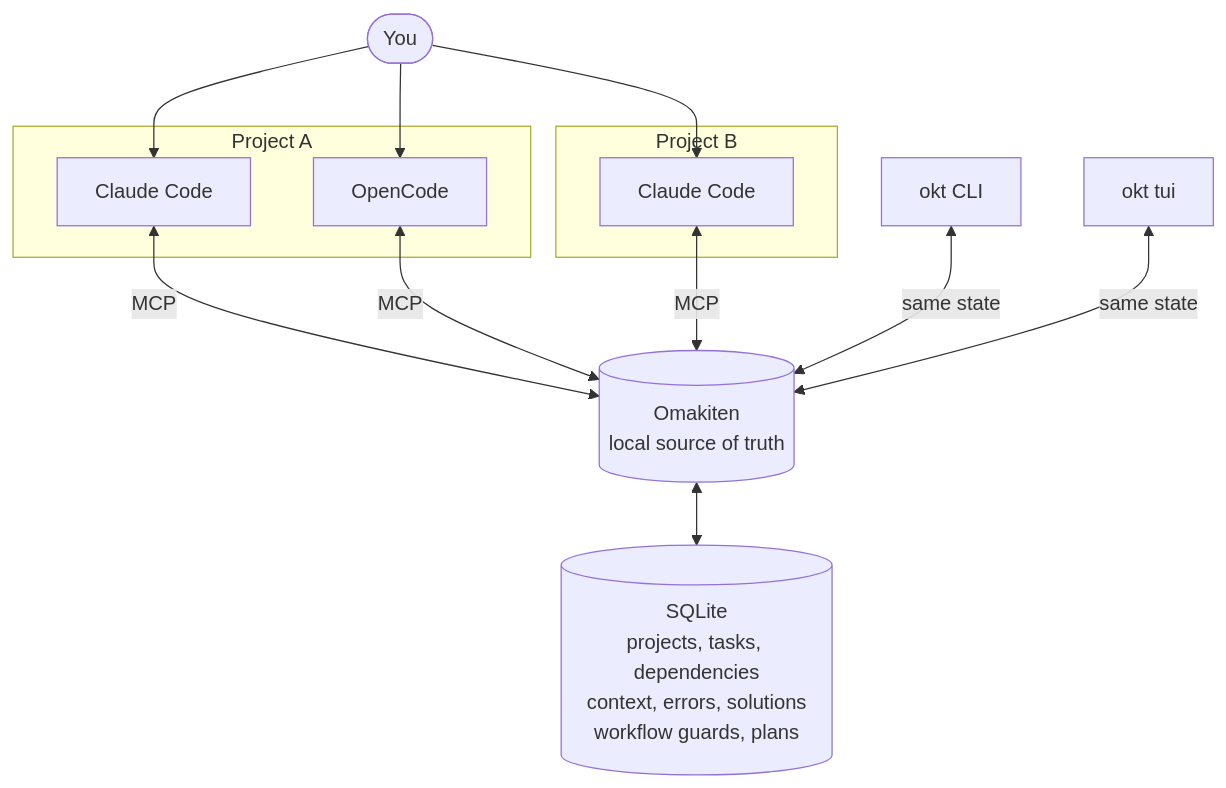
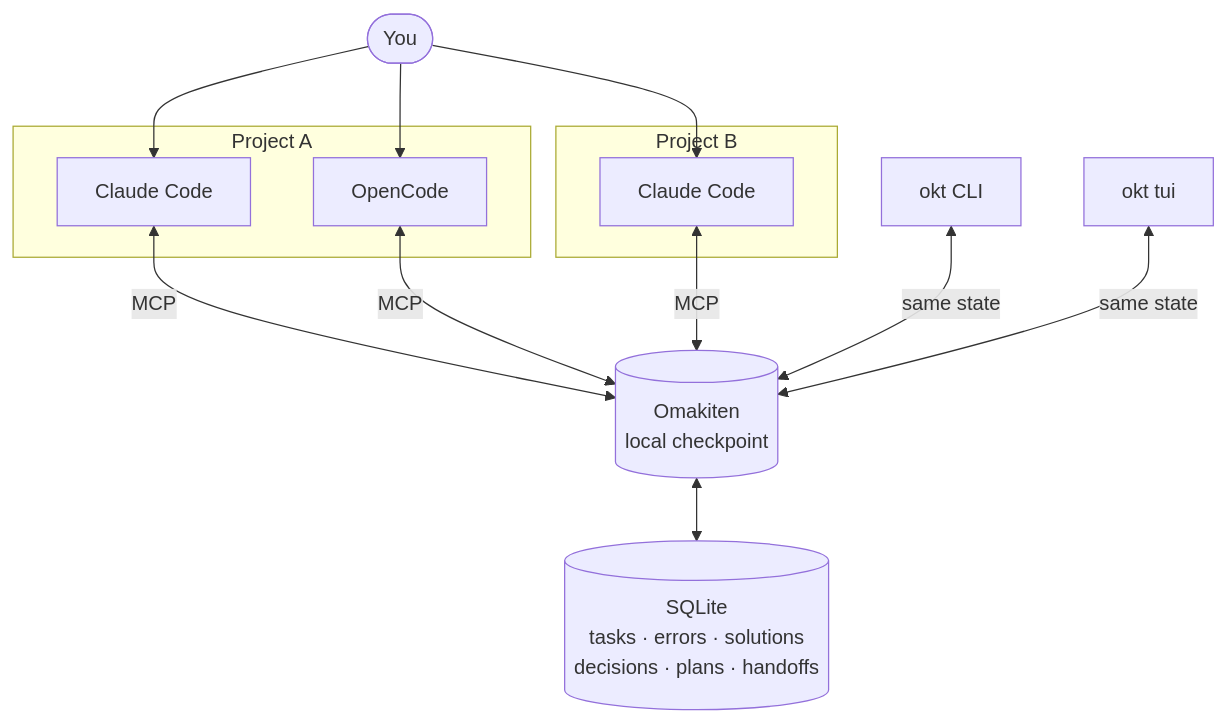
One commit to This-Is-NPC/omakiten changed the first of 2 diagrams in README.md. Above: the diagram before and after it, drawn with Mermaid. The commit also changed other lines of this file and 38 other files, not shown here.

````diff
--- a/README.md
+++ b/README.md
@@ -28,29 +36,29 @@
 ```mermaid
 flowchart TB
     user([You])
 
     subgraph projectA[Project A]
         claudeA[Claude Code]
         opencodeA[OpenCode]
     end
 
     subgraph projectB[Project B]
         claudeB[Claude Code]
     end
 
     user --> claudeA
     user --> opencodeA
     user --> claudeB
 
     claudeA <-->|MCP| omakiten
     opencodeA <-->|MCP| omakiten
     claudeB <-->|MCP| omakiten
 
     cli[okt CLI] <-->|same state| omakiten
     tui[okt tui] <-->|same state| omakiten
 
-    omakiten[(Omakiten<br/>local source of truth)]
-    db[(SQLite<br/>projects, tasks, dependencies<br/>context, errors, solutions<br/>workflow guards, plans)]
+    omakiten[(Omakiten<br/>local checkpoint)]
+    db[(SQLite<br/>tasks · errors · solutions<br/>decisions · plans · handoffs)]
 
     omakiten <--> db
 ```
````
